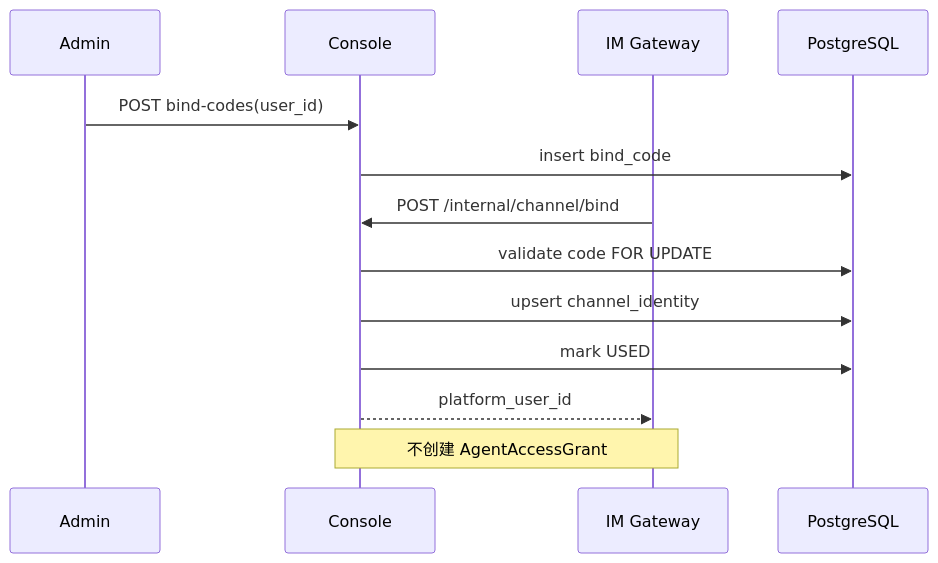
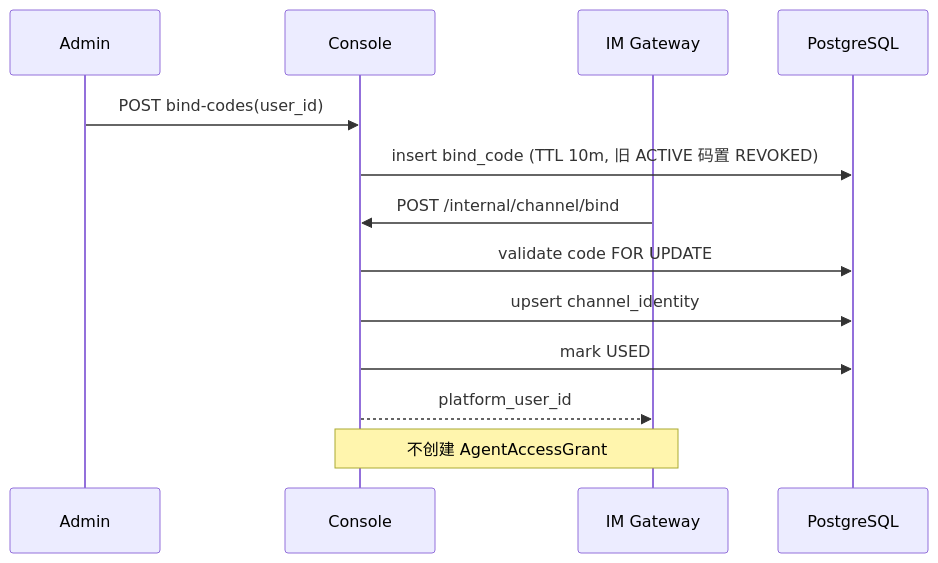
One commit to Michaelxwb/fluxion-harness changed the first of 2 diagrams in .code-flow/tasks/2026-09-17/02-user-identity/02-user-identity.backend.design.md. Above: the diagram before and after it, drawn with Mermaid. The commit also changed other lines of this file and 33 other files, not shown here.

````diff
--- a/.code-flow/tasks/2026-09-17/02-user-identity/02-user-identity.backend.design.md
+++ b/.code-flow/tasks/2026-09-17/02-user-identity/02-user-identity.backend.design.md
@@ -110,15 +138,15 @@
 ```mermaid
 sequenceDiagram
   participant A as Admin
   participant C as Console
   participant G as IM Gateway
   participant DB as PostgreSQL
   A->>C: POST bind-codes(user_id)
-  C->>DB: insert bind_code
+  C->>DB: insert bind_code (TTL 10m, 旧 ACTIVE 码置 REVOKED)
   G->>C: POST /internal/channel/bind
   C->>DB: validate code FOR UPDATE
   C->>DB: upsert channel_identity
   C->>DB: mark USED
   C-->>G: platform_user_id
   Note over C,G: 不创建 AgentAccessGrant
 ```
````
